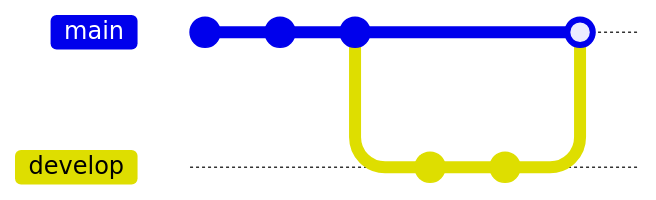
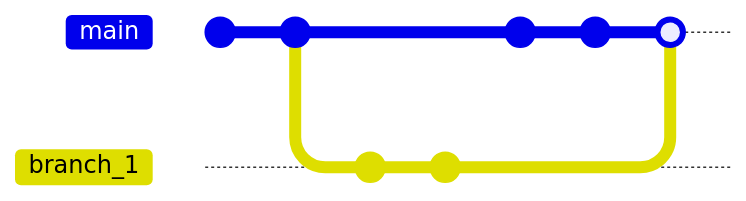
The ninth of 9 diagrams in modules/git/slides.qmd (opensourcecourse/opencourse), drawn with Mermaid before and after one commit. The commit also changed other lines of this file, not shown here. Commit ids are hidden.

````diff
--- a/modules/git/slides.qmd
+++ b/modules/git/slides.qmd
@@ -217,12 +429,13 @@
 ```{mermaid}
+%%| fig-width: 7
 gitGraph
-   commit id: "Alpha"
-   commit id: "Beta"
-   commit id: "Gamma"
-   branch develop
-   commit id: "Gamma2"
-   commit id: "Gamma3"
+   commit id: "0-1989ee1"
+   commit id: "1-15d5f2a"
+   branch branch_1
+   commit id: "2-a577878"
+   commit id: "3-c17d954"
    checkout main
-   merge develop
-
+   commit
+   commit
+   merge branch_1
 ```
````
